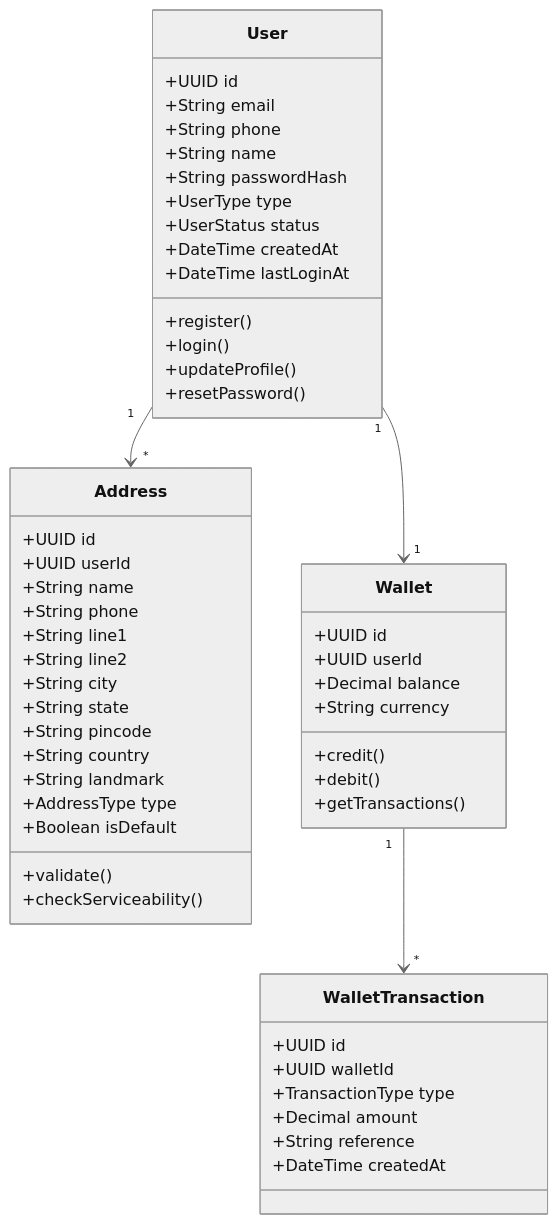
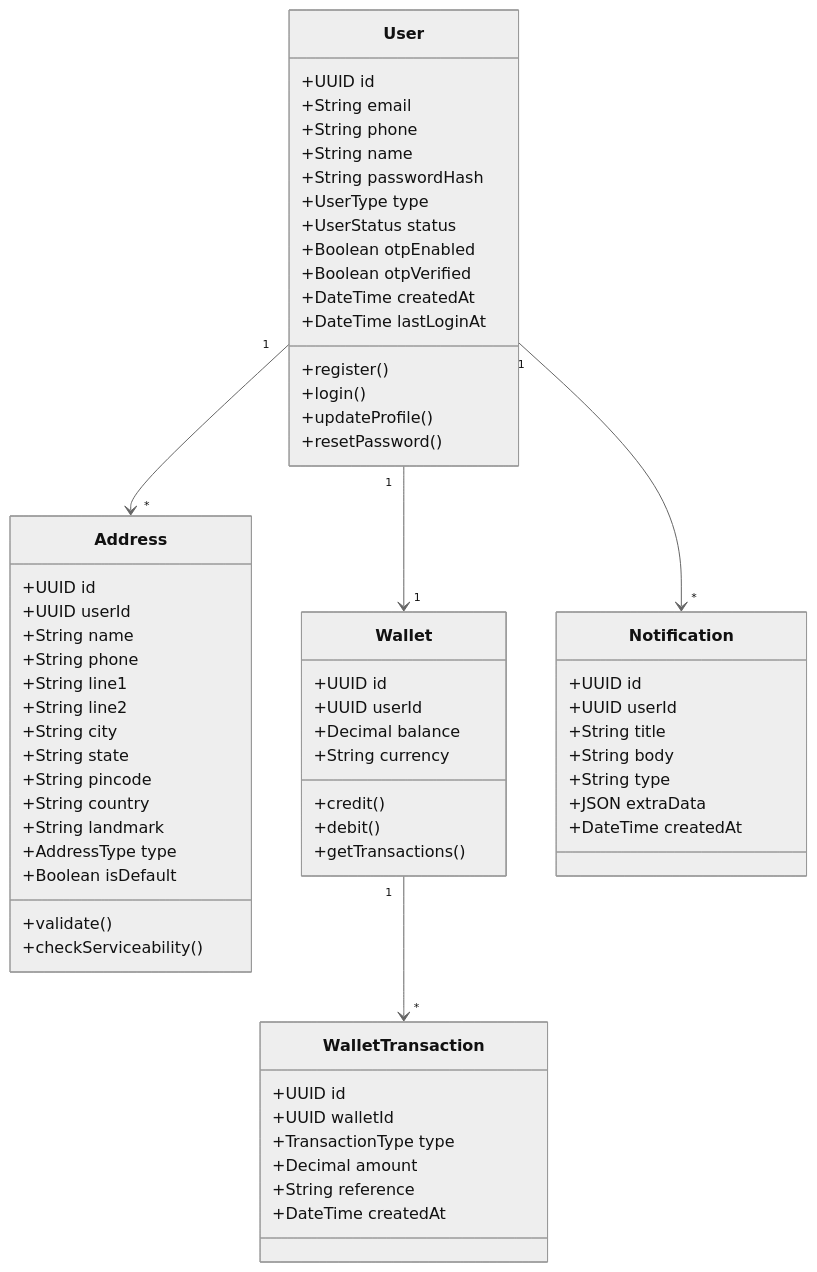
One commit to 0Ankit0/e-commerce changed the second of 8 diagrams in docs/system-design/high-level-design/domain-model.md. Above: the diagram before and after it, drawn with Mermaid (neutral theme). The commit also changed other lines of this file and 24 other files, not shown here.

````diff
--- a/docs/system-design/high-level-design/domain-model.md
+++ b/docs/system-design/high-level-design/domain-model.md
@@ -63,59 +69,72 @@
 ```mermaid
 classDiagram
     class User {
         +UUID id
         +String email
         +String phone
         +String name
         +String passwordHash
         +UserType type
         +UserStatus status
+        +Boolean otpEnabled
+        +Boolean otpVerified
         +DateTime createdAt
         +DateTime lastLoginAt
         +register()
         +login()
         +updateProfile()
         +resetPassword()
     }
 
     class Address {
         +UUID id
         +UUID userId
         +String name
         +String phone
         +String line1
         +String line2
         +String city
         +String state
         +String pincode
         +String country
         +String landmark
         +AddressType type
         +Boolean isDefault
         +validate()
         +checkServiceability()
     }
 
     class Wallet {
         +UUID id
         +UUID userId
         +Decimal balance
         +String currency
         +credit()
         +debit()
         +getTransactions()
     }
 
     class WalletTransaction {
         +UUID id
         +UUID walletId
         +TransactionType type
         +Decimal amount
         +String reference
         +DateTime createdAt
     }
 
+    class Notification {
+        +UUID id
+        +UUID userId
+        +String title
+        +String body
+        +String type
+        +JSON extraData
+        +DateTime createdAt
+    }
+
     User "1" --> "*" Address
     User "1" --> "1" Wallet
+    User "1" --> "*" Notification
     Wallet "1" --> "*" WalletTransaction
 ```
````
